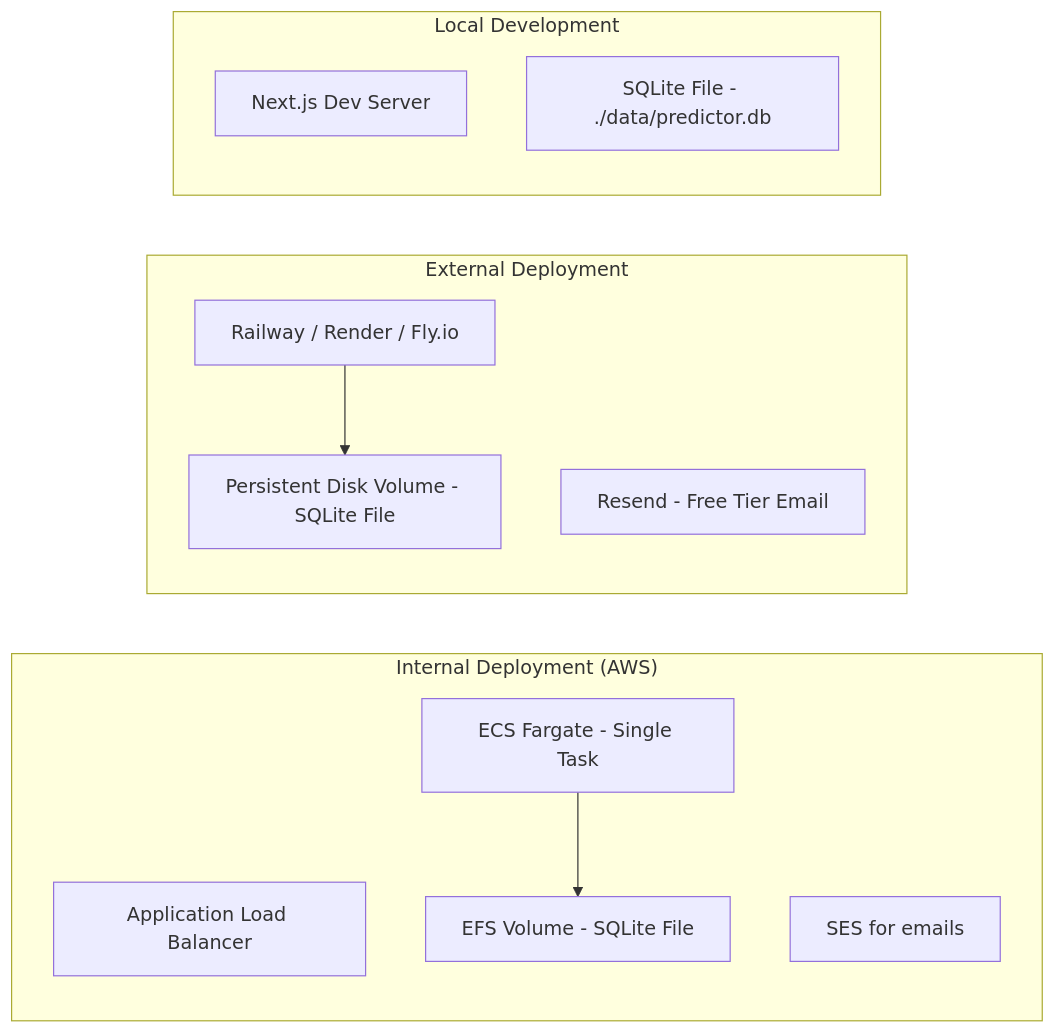
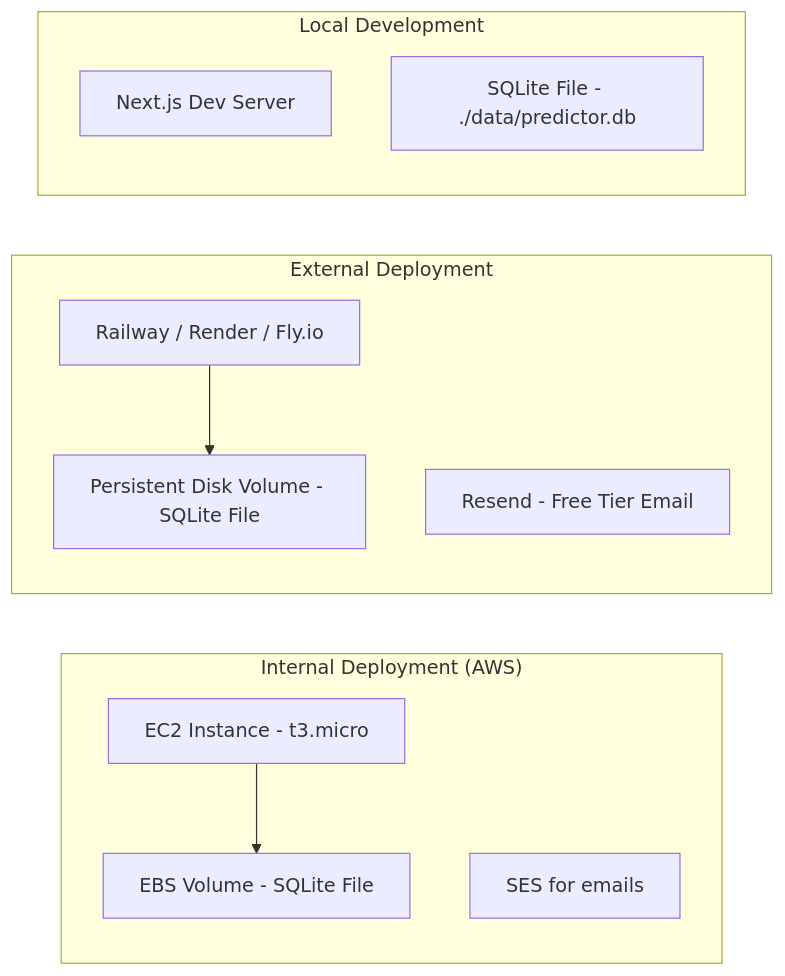
One commit to bernardmendonca/world-cup-predictor changed the second of 2 diagrams in .kiro/specs/world-cup-predictor/design.md. Above: the diagram before and after it, drawn with Mermaid. The commit also changed other lines of this file and 83 other files, not shown here.

````diff
--- a/.kiro/specs/world-cup-predictor/design.md
+++ b/.kiro/specs/world-cup-predictor/design.md
@@ -60,22 +66,21 @@
 ```mermaid
 graph LR
     subgraph Internal["Internal Deployment (AWS)"]
-        ALB[Application Load Balancer]
-        ECS[ECS Fargate - Single Task]
-        EFS[EFS Volume - SQLite File]
+        EC2[EC2 Instance - t3.micro]
+        EBS[EBS Volume - SQLite File]
         SES[SES for emails]
-        ECS --> EFS
+        EC2 --> EBS
     end
 
     subgraph External["External Deployment"]
         Platform[Railway / Render / Fly.io]
         PersistentDisk[Persistent Disk Volume - SQLite File]
         Resend[Resend - Free Tier Email]
         Platform --> PersistentDisk
     end
 
     subgraph Local["Local Development"]
         DevServer[Next.js Dev Server]
         LocalDB[SQLite File - ./data/predictor.db]
     end
 ```
````
